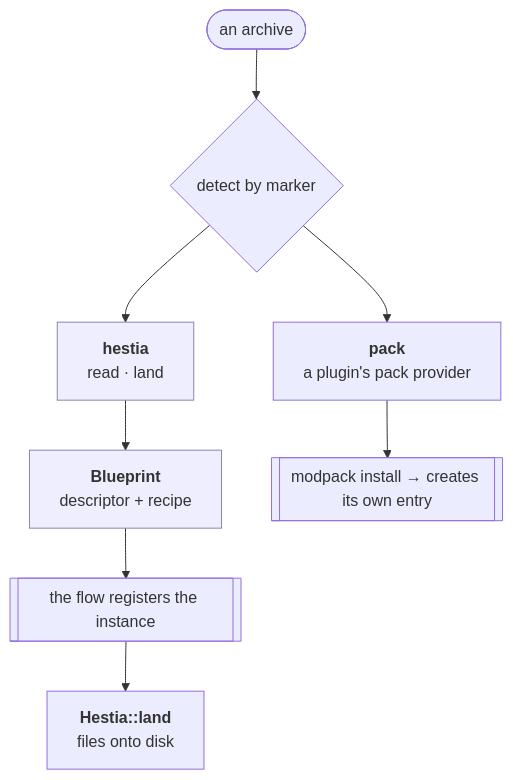
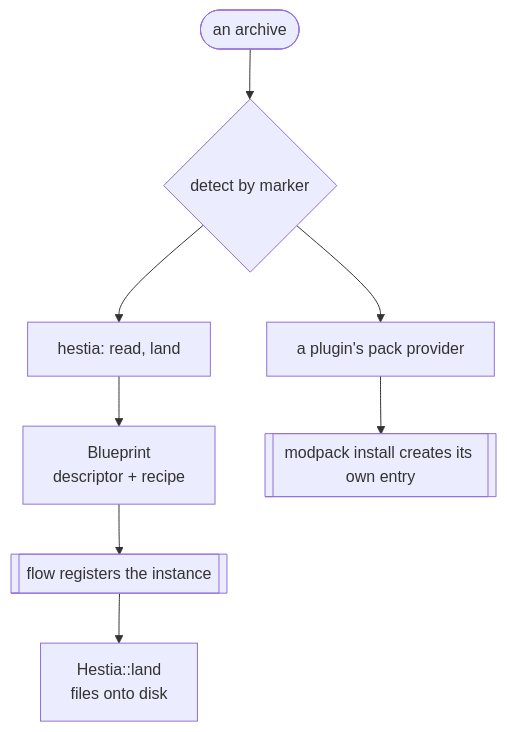
Before and after one commit to prytaneum/hestia: the diagram in docs/architecture/transfer.md, drawn with Mermaid. The commit also changed other lines of this file and 11 other files, not shown here.

Commit message:
docs(architecture): describe the current system only

````diff
--- a/docs/architecture/transfer.md
+++ b/docs/architecture/transfer.md
@@ -41,13 +29,6 @@
 ```mermaid
 flowchart TD
     FILE([an archive]) --> DETECT{detect by marker}
-    DETECT --> HESTIA["<b>hestia</b><br/>read · land"]
-    DETECT --> PACK["<b>pack</b><br/>a plugin's pack provider"]
-    HESTIA --> BP["<b>Blueprint</b><br/>descriptor + recipe"]
-    BP --> CREATE[["the flow registers the instance"]]
-    PACK --> MODPACK[["modpack install → creates its own entry"]]
-    CREATE --> LAND["<b>Hestia::land</b><br/>files onto disk"]
-
-    classDef seam fill:#eef,stroke:#88a
-    class HESTIA,BP seam
+    DETECT --> HESTIA["hestia: read, land"] --> BP["Blueprint<br/>descriptor + recipe"] --> CREATE[["flow registers the instance"]] --> LAND["Hestia::land<br/>files onto disk"]
+    DETECT --> PACK["a plugin's pack provider"] --> MODPACK[["modpack install creates its own entry"]]
 ```
````
